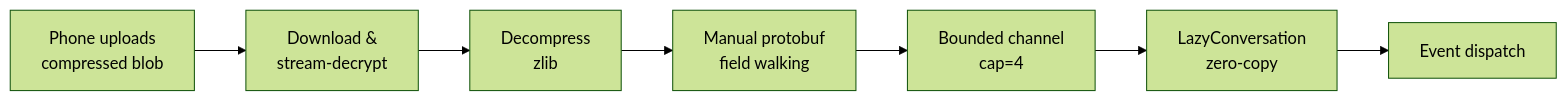
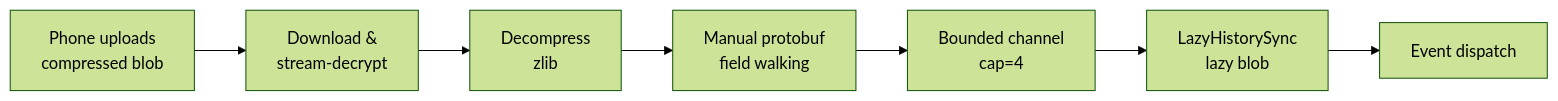
The second of 3 diagrams in concepts/architecture.mdx (jlucaso1/whatsapp-rust-docs), drawn with Mermaid (forest theme) before and after one commit. The commit also changed other lines of this file and 3 other files, not shown here.

Commit message:
Replace history sync events with LazyHistorySync lazy blob

````diff
--- a/concepts/architecture.mdx
+++ b/concepts/architecture.mdx
@@ -464,9 +464,9 @@
 ```mermaid
 graph LR
     A[Phone uploads<br/>compressed blob] --> B[Download &<br/>stream-decrypt]
     B --> C[Decompress<br/>zlib]
     C --> D[Manual protobuf<br/>field walking]
     D --> E[Bounded channel<br/>cap=4]
-    E --> F[LazyConversation<br/>zero-copy]
+    E --> F[LazyHistorySync<br/>lazy blob]
     F --> G[Event dispatch]
 ```
````
